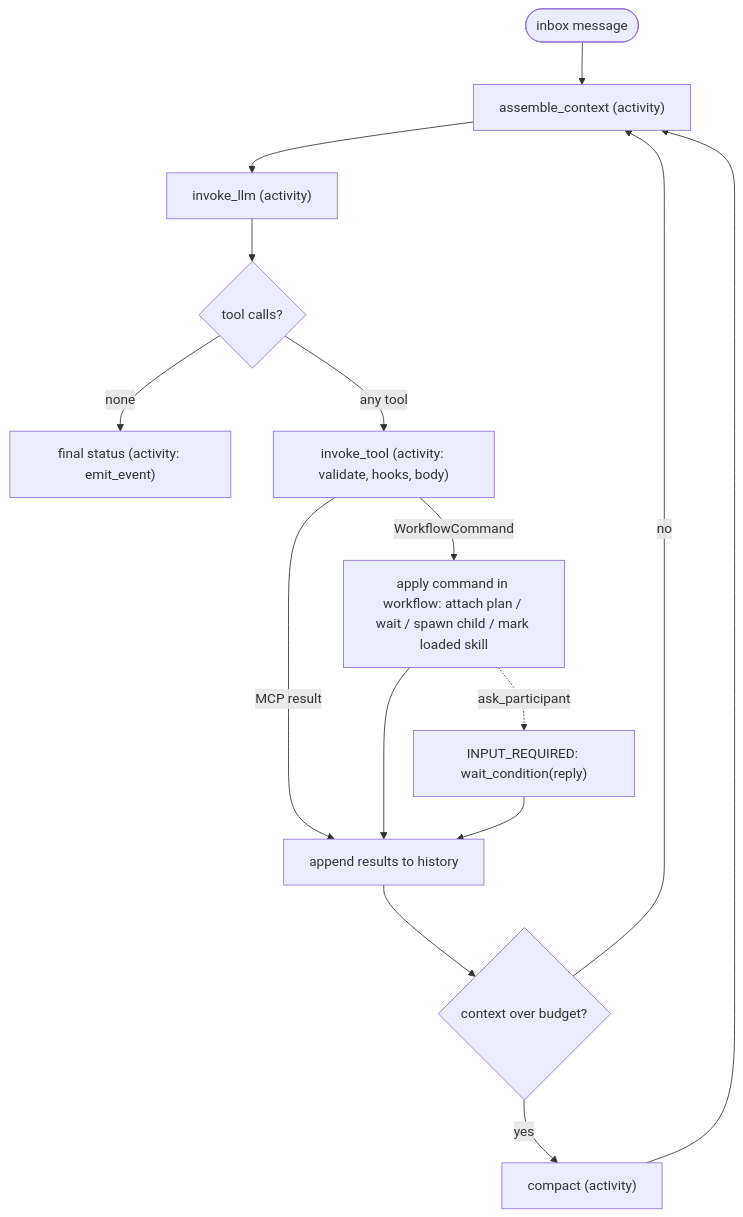
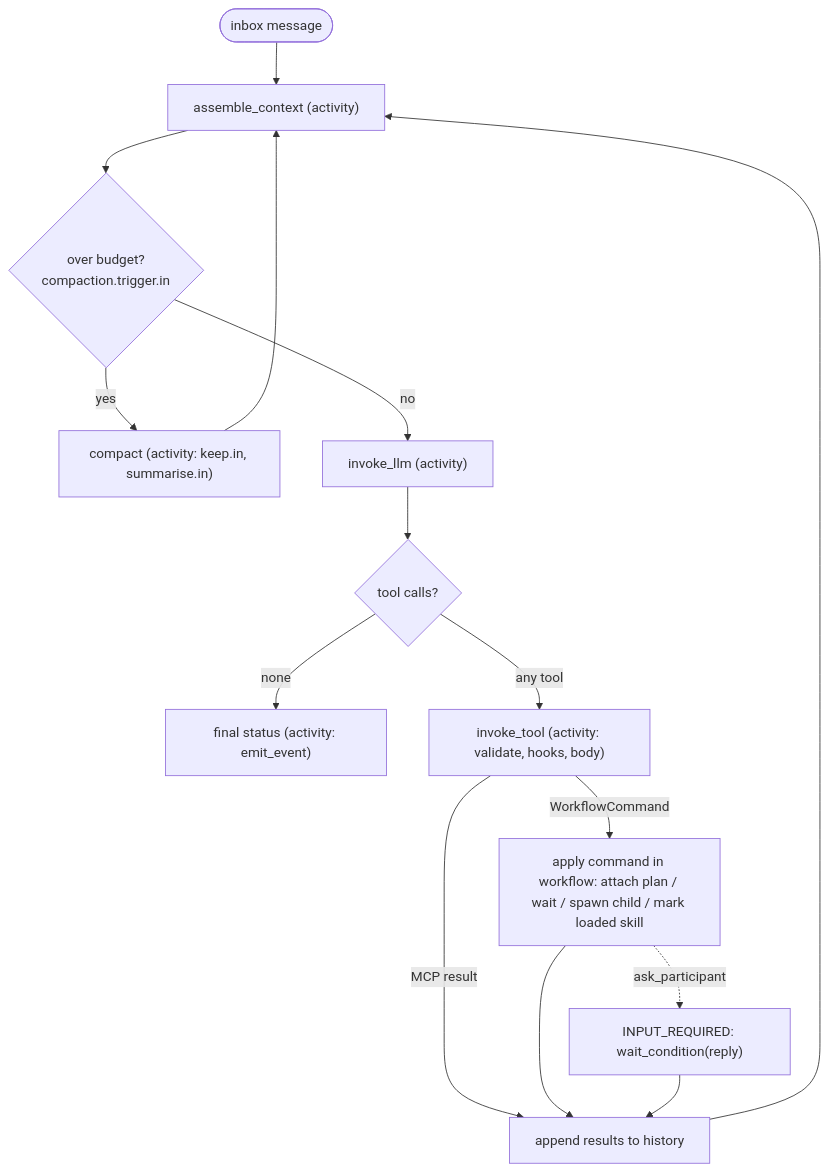
The third of 4 diagrams in docs/specs/issue-3/design.md (MadaraUchiha-314/tiny-harness), drawn with Mermaid before and after one commit. The commit also changed other lines of this file, not shown here.

First line of the commit message:
docs(specs): design critic finding 13: compact before the LLM call, with three replaceable policies

````diff
--- a/docs/specs/issue-3/design.md
+++ b/docs/specs/issue-3/design.md
@@ -156,17 +156,17 @@
 ```mermaid
 flowchart TD
   start([inbox message]) --> ctx["assemble_context (activity)"]
-  ctx --> llm["invoke_llm (activity)"]
+  ctx --> cmp0{over budget?<br/>compaction.trigger.in}
+  cmp0 -- yes --> compact0["compact (activity: keep.in, summarise.in)"]
+  compact0 --> ctx
+  cmp0 -- no --> llm["invoke_llm (activity)"]
   llm --> tc{tool calls?}
   tc -- none --> fin["final status (activity: emit_event)"]
   tc -- any tool --> act["invoke_tool (activity: validate, hooks, body)"]
   act -- MCP result --> rec["append results to history"]
   act -- WorkflowCommand --> intr["apply command in workflow: attach plan / wait / spawn child / mark loaded skill"]
   intr --> rec
-  rec --> cmp{context over budget?}
-  cmp -- yes --> compact["compact (activity)"]
-  compact --> ctx
-  cmp -- no --> ctx
+  rec --> ctx
   intr -. ask_participant .-> wait["INPUT_REQUIRED: wait_condition(reply)"]
   wait --> rec
 ```
````
